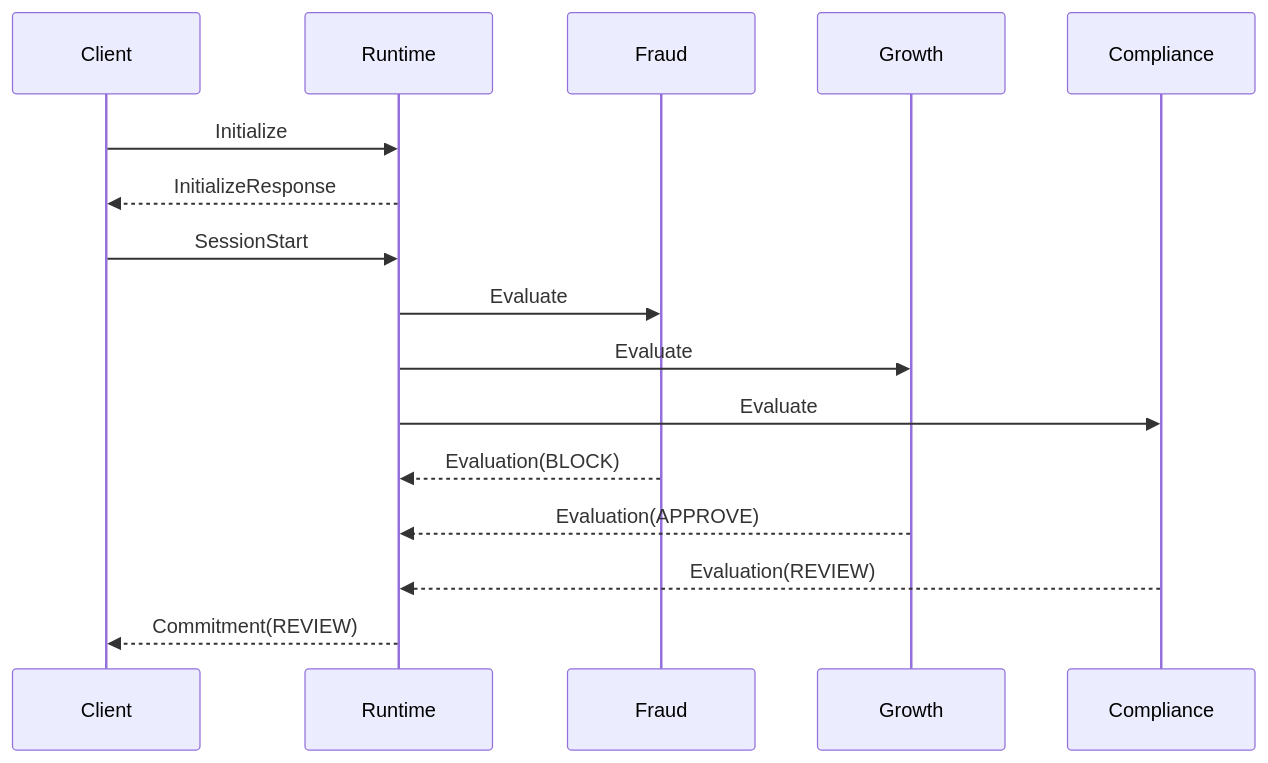
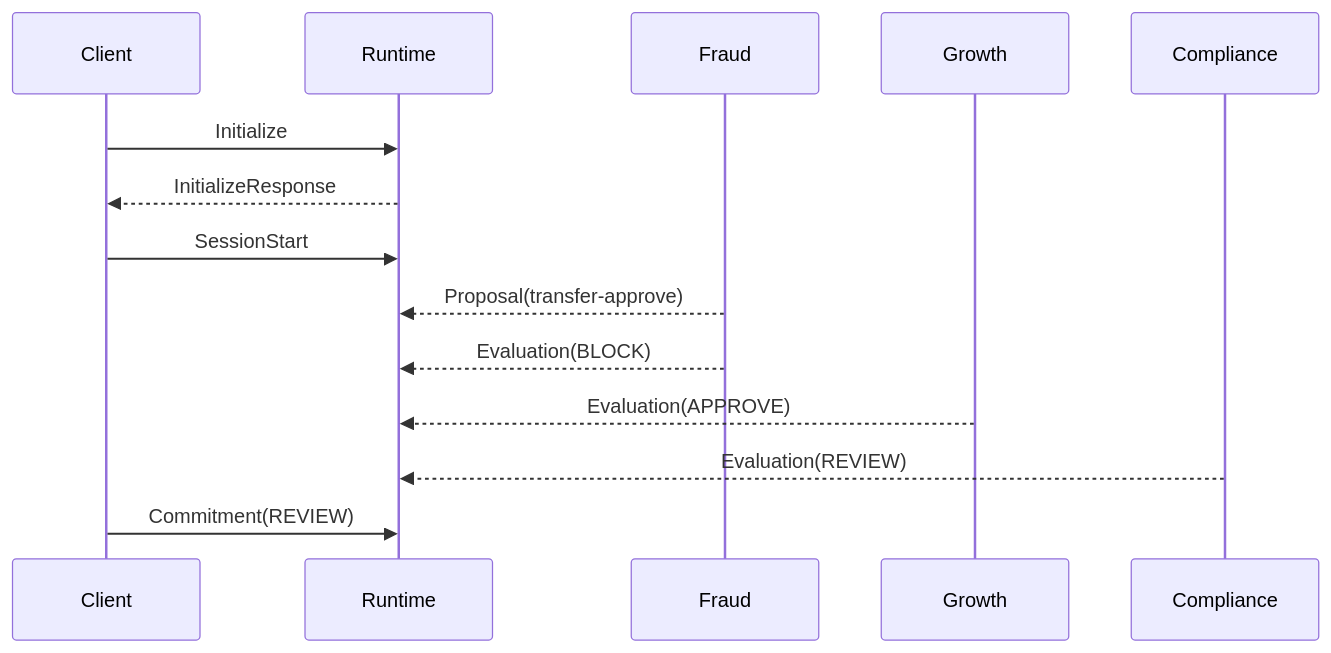
One commit to multiagentcoordinationprotocol/multiagentcoordinationprotocol changed the diagram in docs/examples.md. Above: the diagram before and after it, drawn with Mermaid. The commit also changed other lines of this file and 20 other files, not shown here.

Commit message:
Fix and Remove Inconsitencies Between RFC, Schema and Docs

````diff
--- a/docs/examples.md
+++ b/docs/examples.md
@@ -11,19 +11,17 @@
 ```mermaid
 sequenceDiagram
   participant Client
   participant Runtime
   participant Fraud
   participant Growth
   participant Compliance
 
   Client->>Runtime: Initialize
   Runtime-->>Client: InitializeResponse
   Client->>Runtime: SessionStart
-  Runtime->>Fraud: Evaluate
-  Runtime->>Growth: Evaluate
-  Runtime->>Compliance: Evaluate
+  Fraud-->>Runtime: Proposal(transfer-approve)
   Fraud-->>Runtime: Evaluation(BLOCK)
   Growth-->>Runtime: Evaluation(APPROVE)
   Compliance-->>Runtime: Evaluation(REVIEW)
-  Runtime-->>Client: Commitment(REVIEW)
+  Client->>Runtime: Commitment(REVIEW)
 ```
````
